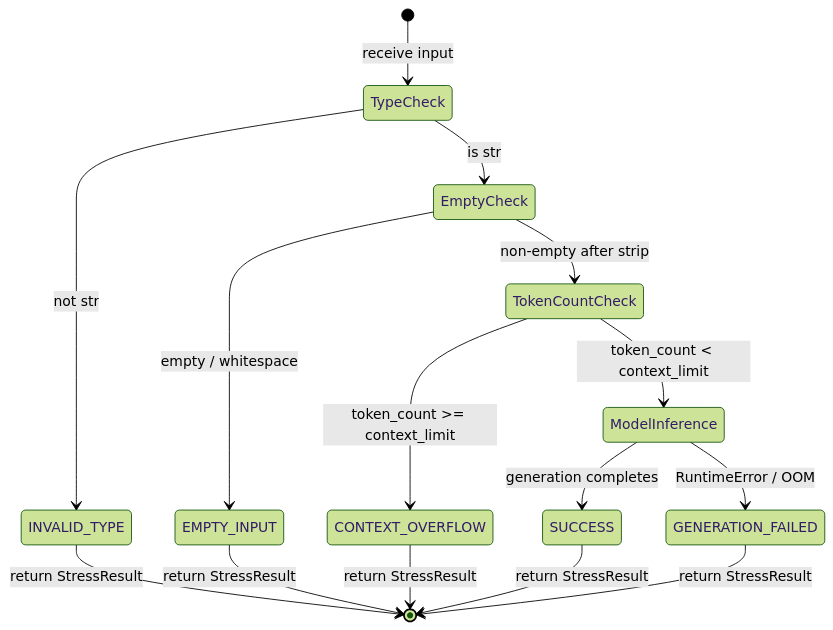
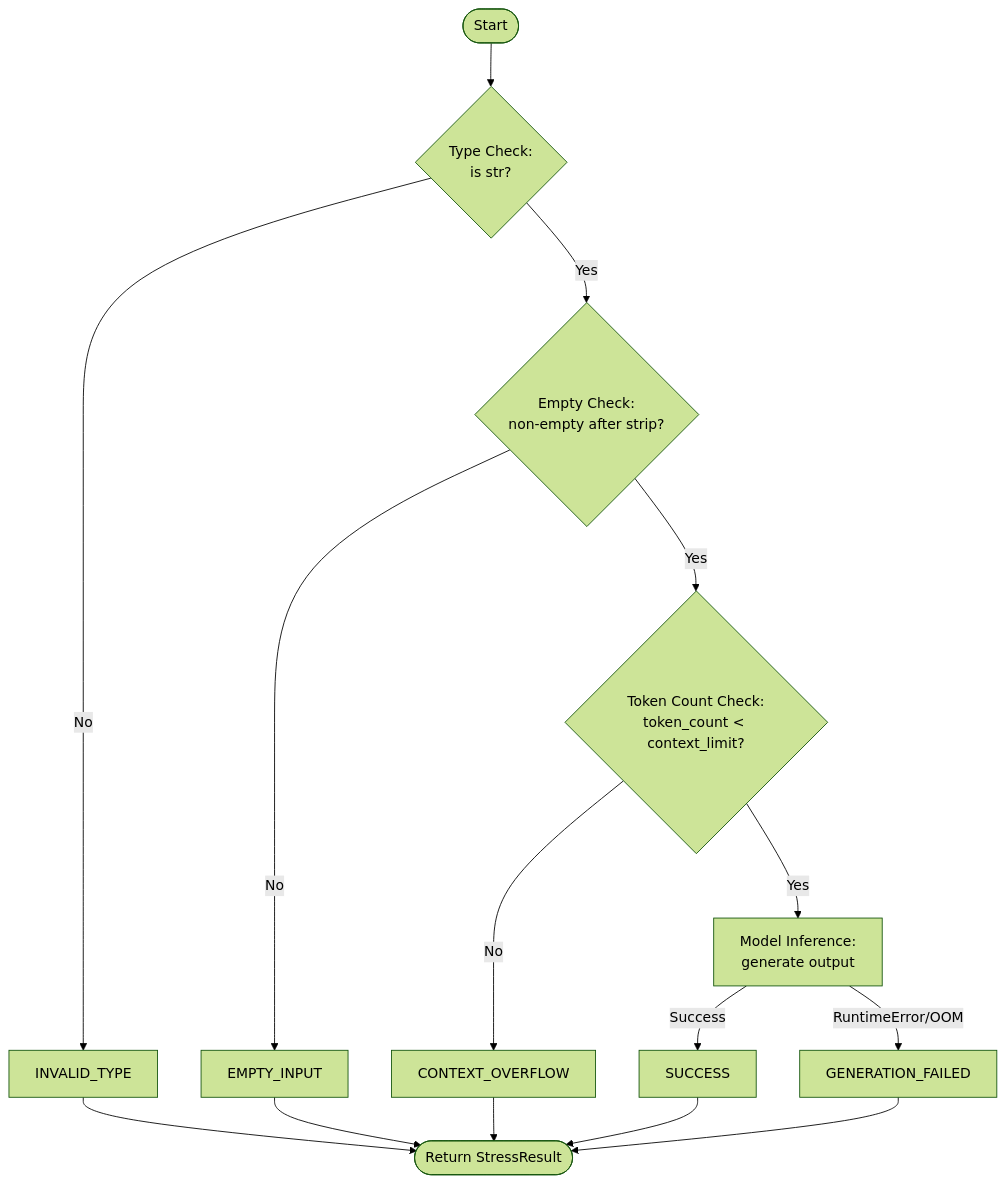
The second of 3 diagrams in topics/computing/ai/ai_foundations/labs.md (blebleblee/synapse), drawn with Mermaid (forest theme) before and after one commit. The commit also changed other lines of this file and 1464 other files, not shown here.

Commit message:
feat(release): curriculum vector mermaid upgrade, render hardening, and master synpack

````diff
--- a/topics/computing/ai/ai_foundations/labs.md
+++ b/topics/computing/ai/ai_foundations/labs.md
@@ -937,22 +937,22 @@
 ```mermaid
-stateDiagram-v2
-    [*] --> TypeCheck : receive input
-
-    TypeCheck --> EmptyCheck : is str
-    TypeCheck --> INVALID_TYPE : not str
-
-    EmptyCheck --> TokenCountCheck : non-empty after strip
-    EmptyCheck --> EMPTY_INPUT : empty / whitespace
-
-    TokenCountCheck --> ModelInference : token_count < context_limit
-    TokenCountCheck --> CONTEXT_OVERFLOW : token_count >= context_limit
-
-    ModelInference --> SUCCESS : generation completes
-    ModelInference --> GENERATION_FAILED : RuntimeError / OOM
-
-    INVALID_TYPE --> [*] : return StressResult
-    EMPTY_INPUT --> [*] : return StressResult
-    CONTEXT_OVERFLOW --> [*] : return StressResult
-    SUCCESS --> [*] : return StressResult
-    GENERATION_FAILED --> [*] : return StressResult
+flowchart TD
+    Start([Start]) --> TypeCheck{"Type Check:<br/>is str?"}
+    
+    TypeCheck -->|Yes| EmptyCheck{"Empty Check:<br/>non-empty after strip?"}
+    TypeCheck -->|No| InvalidType["INVALID_TYPE"]
+    
+    EmptyCheck -->|Yes| TokenCountCheck{"Token Count Check:<br/>token_count < context_limit?"}
+    EmptyCheck -->|No| EmptyInput["EMPTY_INPUT"]
+    
+    TokenCountCheck -->|Yes| ModelInference["Model Inference:<br/>generate output"]
+    TokenCountCheck -->|No| ContextOverflow["CONTEXT_OVERFLOW"]
+    
+    ModelInference -->|Success| Success["SUCCESS"]
+    ModelInference -->|"RuntimeError/OOM"| GenerationFailed["GENERATION_FAILED"]
+    
+    InvalidType --> End([Return StressResult])
+    EmptyInput --> End
+    ContextOverflow --> End
+    Success --> End
+    GenerationFailed --> End
 ```
````
